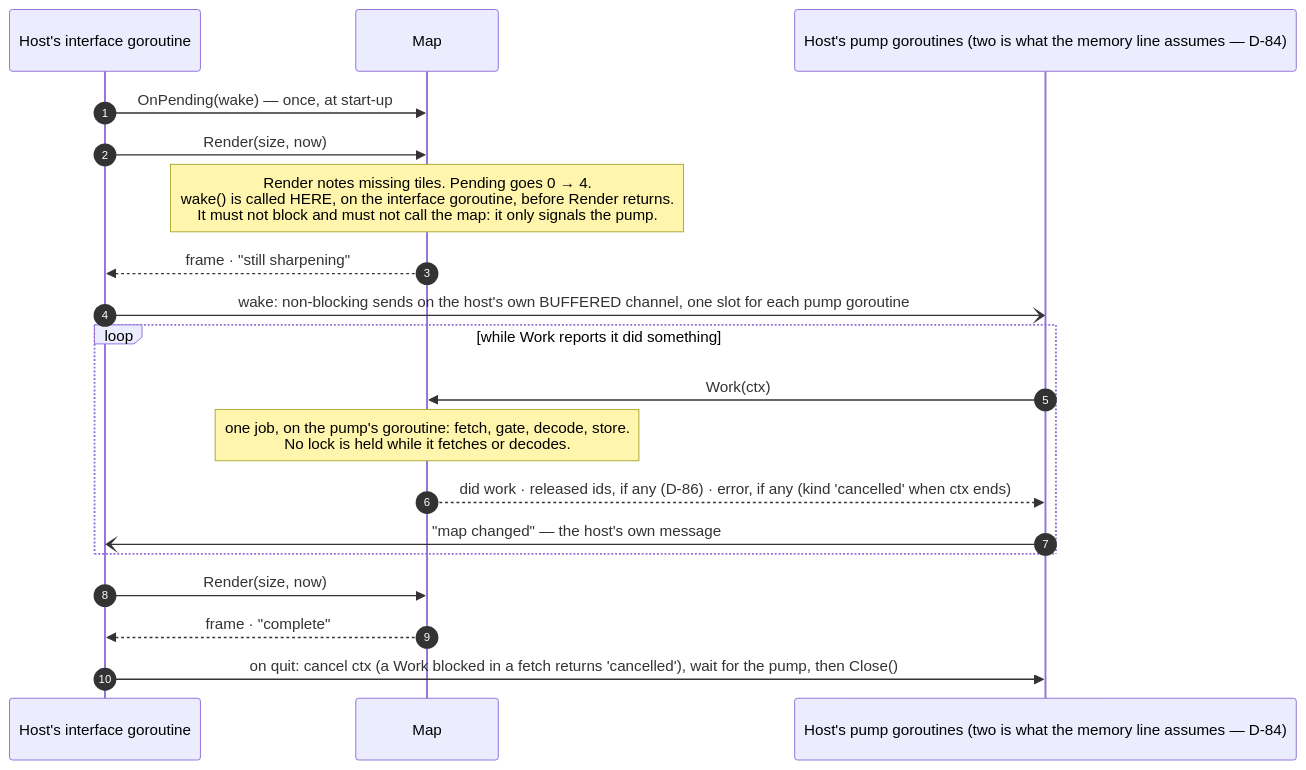
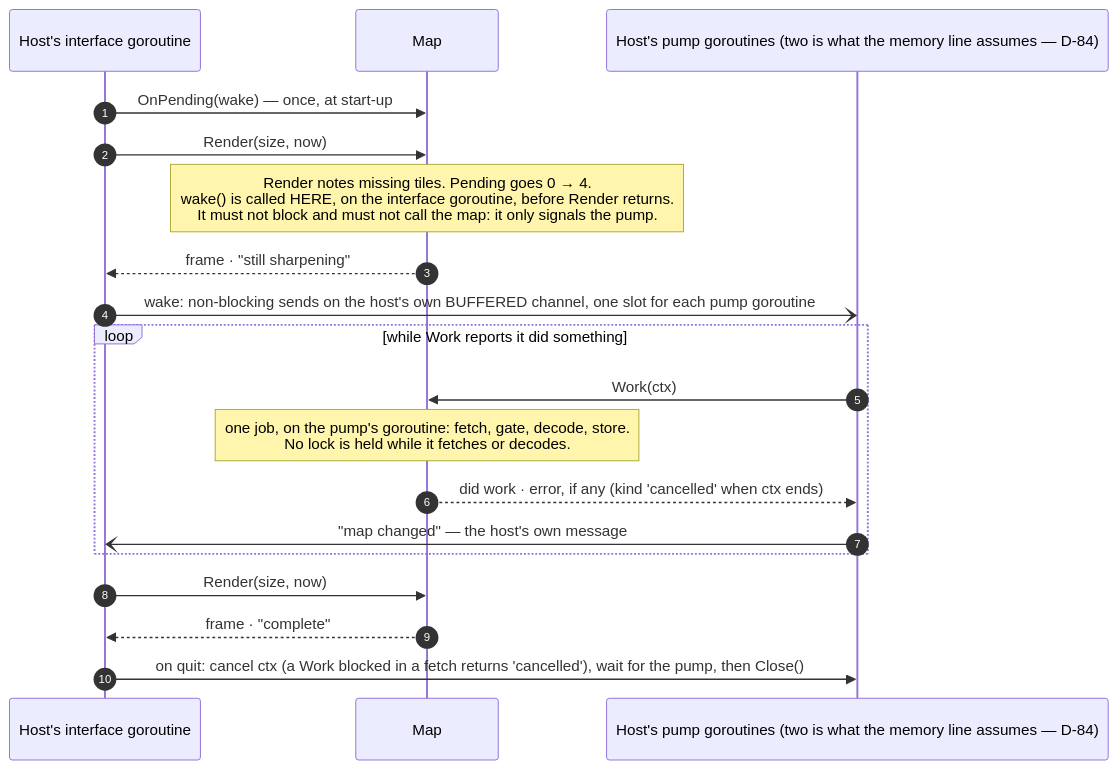
One commit to branden-thompson/go-tuimaps changed the first of 2 diagrams in 06_docs/02_features/go-tuimaps/03-architecture-design/contract.md. Above: the diagram before and after it, drawn with Mermaid. The commit also changed other lines of this file and 544 other files, not shown here.

````diff
--- a/06_docs/02_features/go-tuimaps/03-architecture-design/contract.md
+++ b/06_docs/02_features/go-tuimaps/03-architecture-design/contract.md
@@ -34,21 +34,21 @@
 ```mermaid
 sequenceDiagram
     autonumber
     participant U as Host's interface goroutine
     participant M as Map
     participant P as Host's pump goroutines (two is what the memory line assumes — D-84)
     U->>M: OnPending(wake) — once, at start-up
     U->>M: Render(size, now)
     Note over M: Render notes missing tiles. Pending goes 0 → 4.<br/>wake() is called HERE, on the interface goroutine, before Render returns.<br/>It must not block and must not call the map: it only signals the pump.
     M-->>U: frame · "still sharpening"
     U-)P: wake: non-blocking sends on the host's own BUFFERED channel, one slot for each pump goroutine
     loop while Work reports it did something
         P->>M: Work(ctx)
         Note over M: one job, on the pump's goroutine: fetch, gate, decode, store.<br/>No lock is held while it fetches or decodes.
-        M-->>P: did work · released ids, if any (D-86) · error, if any (kind 'cancelled' when ctx ends)
+        M-->>P: did work · error, if any (kind 'cancelled' when ctx ends)
         P-)U: "map changed" — the host's own message
     end
     U->>M: Render(size, now)
     M-->>U: frame · "complete"
     U->>P: on quit: cancel ctx (a Work blocked in a fetch returns 'cancelled'), wait for the pump, then Close()
 ```
````
